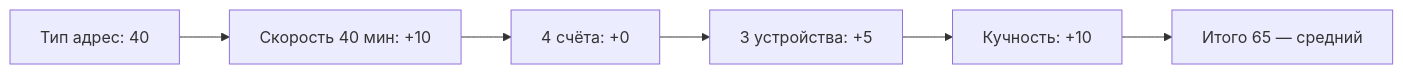
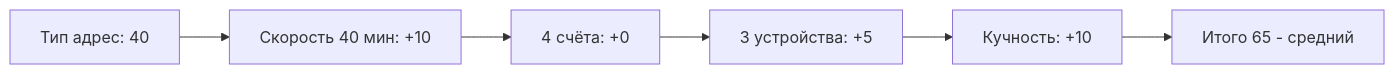
Before and after one commit to feytox/shugraph: the fifth of 9 diagrams in docs/schemes-simple.md, drawn with Mermaid. The commit also changed other lines of this file and 2 other files, not shown here.

````diff
--- a/docs/schemes-simple.md
+++ b/docs/schemes-simple.md
@@ -80,4 +80,4 @@
 ```mermaid
 flowchart LR
-    B["Тип адрес: 40"] --> S["Скорость 40 мин: +10"] --> C["4 счёта: +0"] --> D["3 устройства: +5"] --> K["Кучность: +10"] --> T["Итого 65 — средний"]
+    B["Тип адрес: 40"] --> S["Скорость 40 мин: +10"] --> C["4 счёта: +0"] --> D["3 устройства: +5"] --> K["Кучность: +10"] --> T["Итого 65 - средний"]
 ```
````
